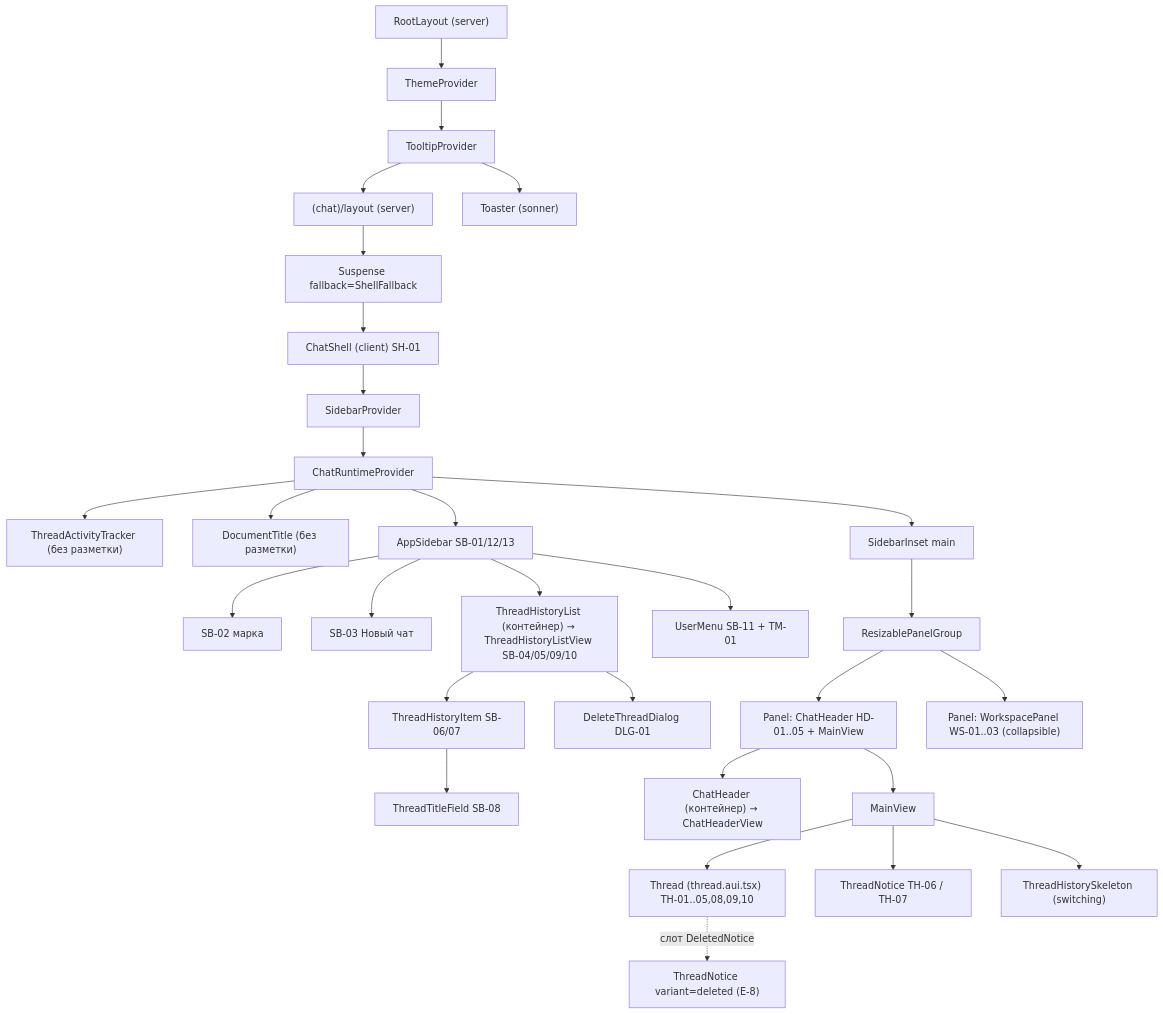
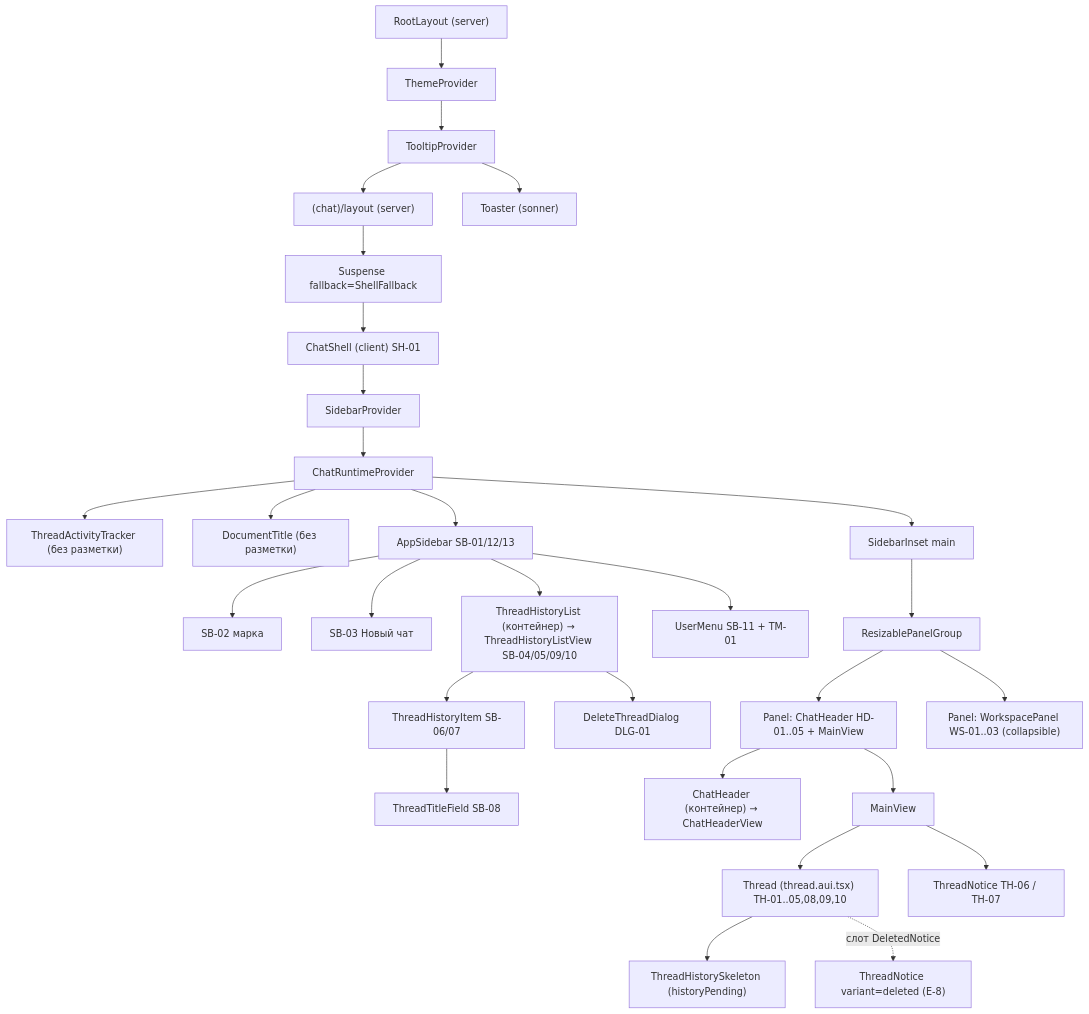
The second of 6 diagrams in docs/features/chat-shell/design-web-shell.md (tundraray/agent-os), drawn with Mermaid before and after one commit. The commit also changed other lines of this file and 106 other files, not shown here.

````diff
--- a/docs/features/chat-shell/design-web-shell.md
+++ b/docs/features/chat-shell/design-web-shell.md
@@ -757,31 +777,31 @@
 ```mermaid
 graph TD
     RootLayout["RootLayout (server)"] --> ThemeProvider
     ThemeProvider --> TooltipProvider
     TooltipProvider --> ChatLayout["(chat)/layout (server)"]
     TooltipProvider --> Toaster["Toaster (sonner)"]
     ChatLayout --> Suspense["Suspense fallback=ShellFallback"]
     Suspense --> ChatShell["ChatShell (client) SH-01"]
     ChatShell --> SidebarProvider
     SidebarProvider --> ChatRuntimeProvider
     ChatRuntimeProvider --> Tracker["ThreadActivityTracker (без разметки)"]
     ChatRuntimeProvider --> DocTitle["DocumentTitle (без разметки)"]
     ChatRuntimeProvider --> AppSidebar["AppSidebar SB-01/12/13"]
     ChatRuntimeProvider --> Main["SidebarInset main"]
     AppSidebar --> Brand["SB-02 марка"]
     AppSidebar --> NewChat["SB-03 Новый чат"]
     AppSidebar --> HistoryList["ThreadHistoryList (контейнер) → ThreadHistoryListView SB-04/05/09/10"]
     HistoryList --> Item["ThreadHistoryItem SB-06/07"]
     Item --> TitleField["ThreadTitleField SB-08"]
     HistoryList --> DeleteDialog["DeleteThreadDialog DLG-01"]
     AppSidebar --> UserMenu["UserMenu SB-11 + TM-01"]
     Main --> Group["ResizablePanelGroup"]
     Group --> ChatPanel["Panel: ChatHeader HD-01..05 + MainView"]
     Group --> Workspace["Panel: WorkspacePanel WS-01..03 (collapsible)"]
     ChatPanel --> Header["ChatHeader (контейнер) → ChatHeaderView"]
     ChatPanel --> MainView
     MainView --> Thread["Thread (thread.aui.tsx) TH-01..05,08,09,10"]
     MainView --> Notice["ThreadNotice TH-06 / TH-07"]
-    MainView --> Skeleton["ThreadHistorySkeleton (switching)"]
+    Thread --> Skeleton["ThreadHistorySkeleton (historyPending)"]
     Thread -. "слот DeletedNotice" .-> DeletedNotice["ThreadNotice variant=deleted (E-8)"]
 ```
````
